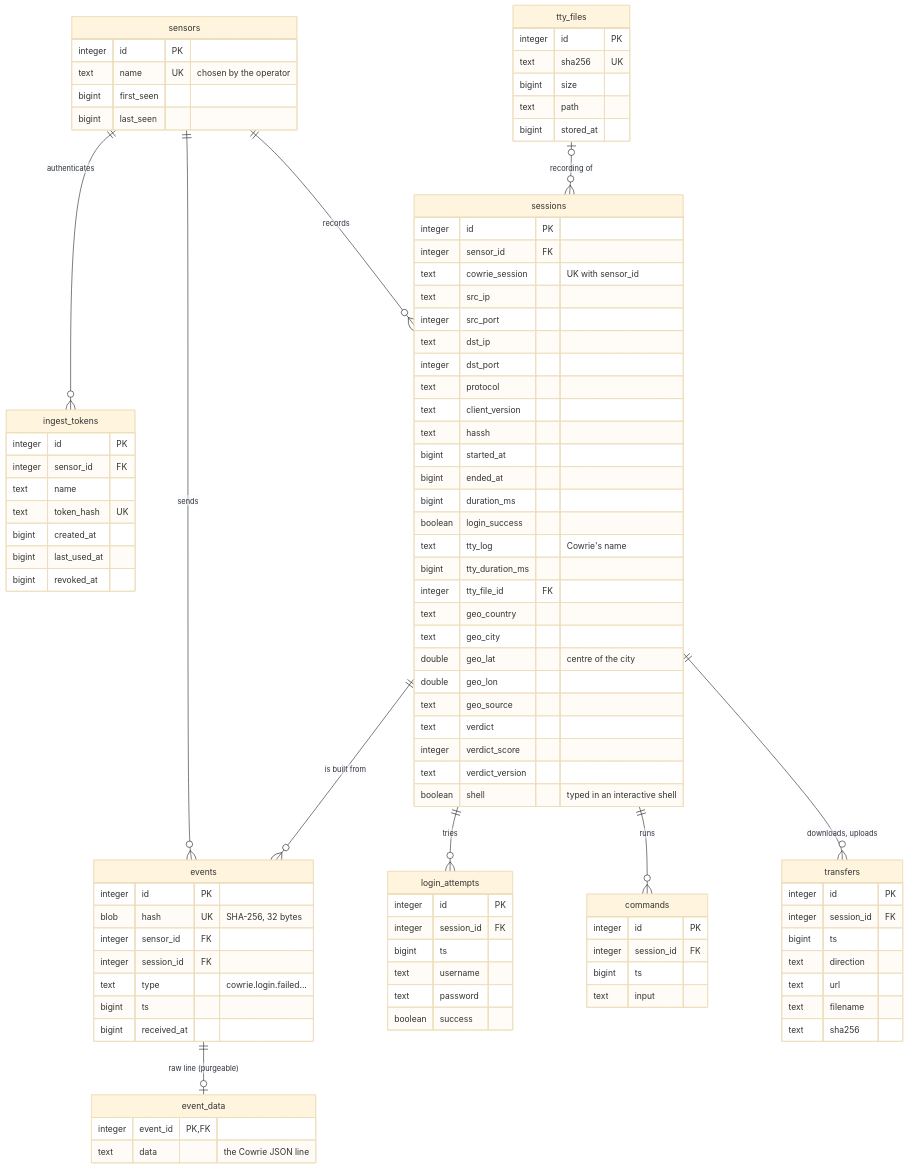
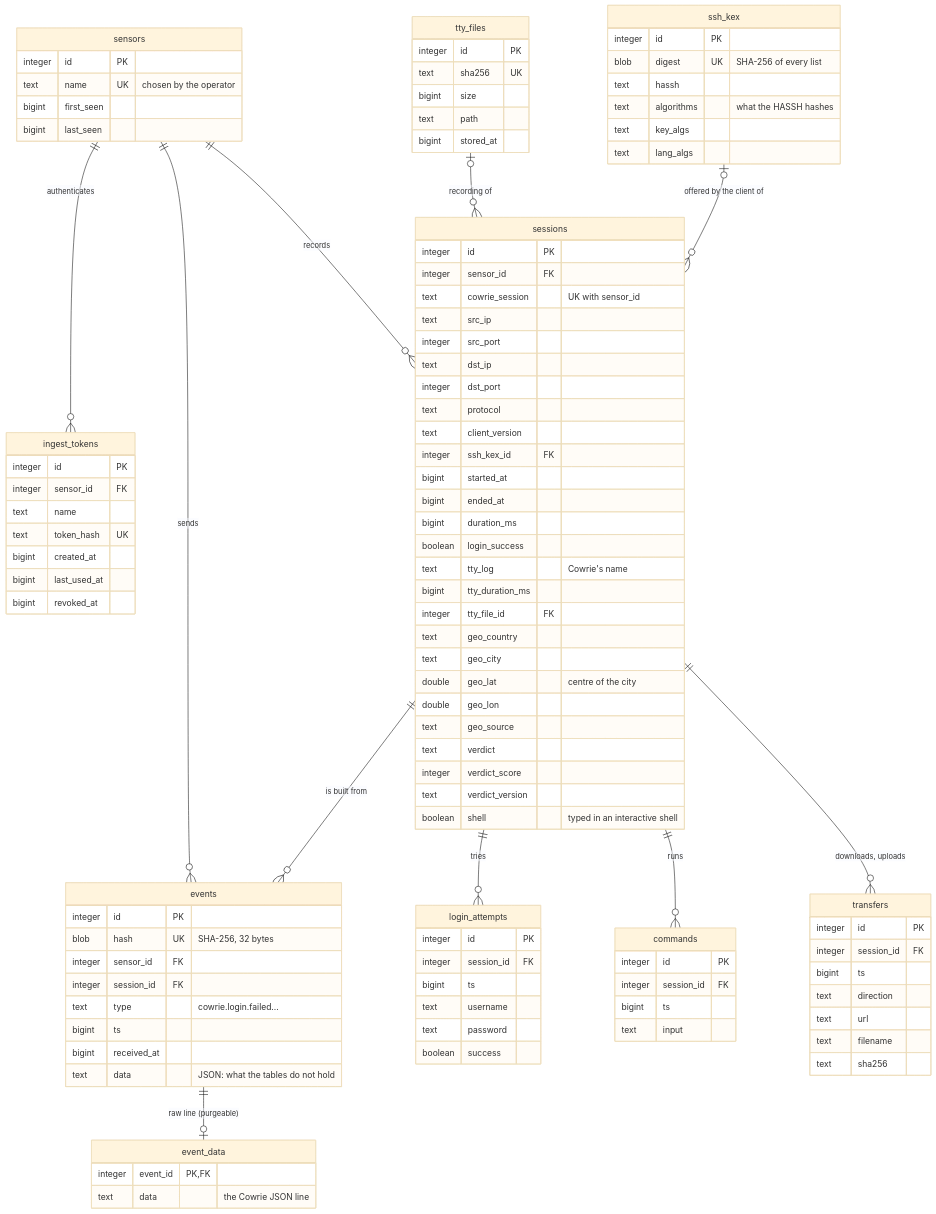
The first of 2 diagrams in docs/db.md (devleesch001/cauri), drawn with Mermaid (base theme) before and after one commit. The commit also changed other lines of this file and 24 other files, not shown here.

```diff
--- a/docs/db.md
+++ b/docs/db.md
@@ -64,6 +66,7 @@
     sessions ||--o{ commands : "runs"
     sessions ||--o{ transfers : "downloads, uploads"
     tty_files |o--o{ sessions : "recording of"
+    ssh_kex |o--o{ sessions : "offered by the client of"
 
     sensors {
         integer id PK
@@ -90,7 +93,7 @@
         integer dst_port
         text protocol
         text client_version
-        text hassh
+        integer ssh_kex_id FK
         bigint started_at
         bigint ended_at
         bigint duration_ms
@@ -116,6 +119,7 @@
         text type "cowrie.login.failed..."
         bigint ts
         bigint received_at
+        text data "JSON: what the tables do not hold"
     }
     event_data {
         integer event_id PK, FK
@@ -144,6 +148,14 @@
         text filename
         text sha256
     }
+    ssh_kex {
+        integer id PK
+        blob digest UK "SHA-256 of every list"
+        text hassh
+        text algorithms "what the HASSH hashes"
+        text key_algs
+        text lang_algs
+    }
     tty_files {
         integer id PK
         text sha256 UK
```
